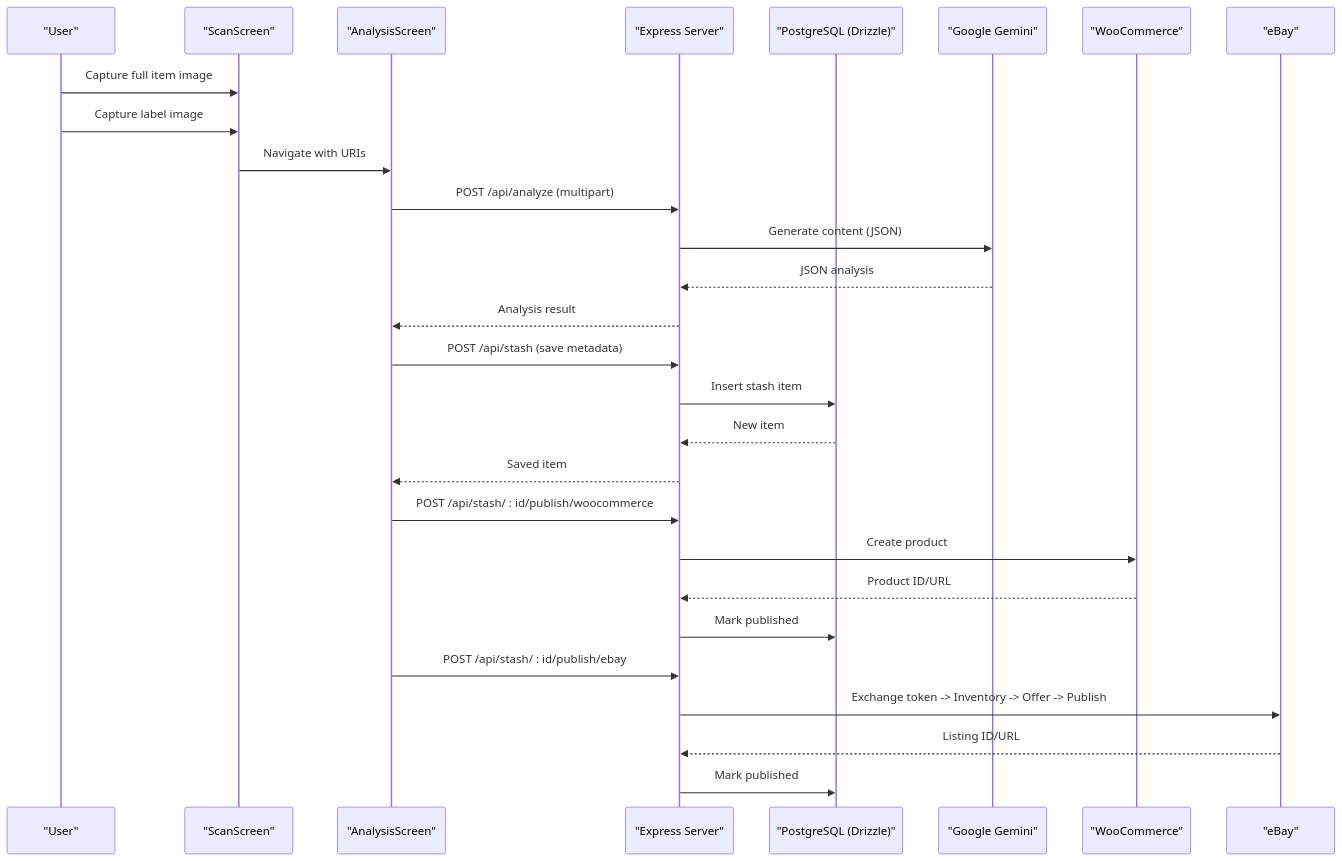
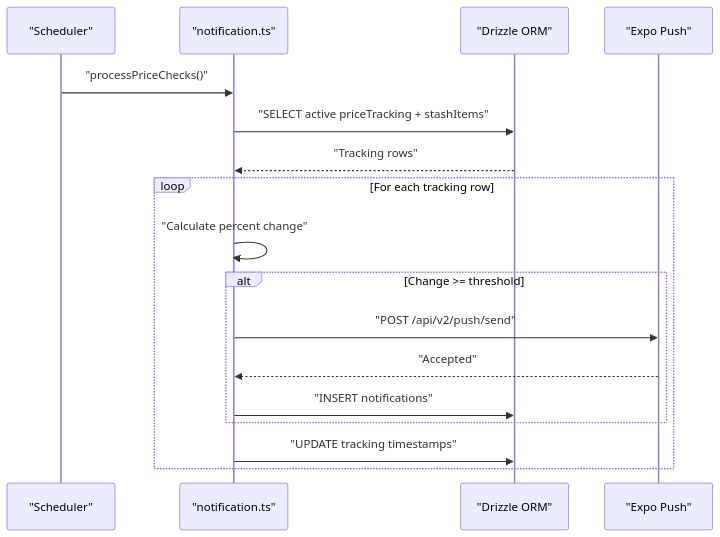
The ninth of 10 diagrams in .qoder/repowiki/en/content/Architecture Overview/Architecture Overview.md (hunglevi87/Hidden-Gem), drawn with Mermaid before and after one commit. The commit also changed other lines of this file and 99 other files, not shown here.

````diff
--- a/.qoder/repowiki/en/content/Architecture Overview/Architecture Overview.md
+++ b/.qoder/repowiki/en/content/Architecture Overview/Architecture Overview.md
@@ -238,30 +455,19 @@
 ```mermaid
 sequenceDiagram
-participant User as "User"
-participant Scan as "ScanScreen"
-participant Analysis as "AnalysisScreen"
-participant Server as "Express Server"
-participant DB as "PostgreSQL (Drizzle)"
-participant Gemini as "Google Gemini"
-participant WC as "WooCommerce"
-participant EB as "eBay"
-User->>Scan : Capture full item image
-User->>Scan : Capture label image
-Scan->>Analysis : Navigate with URIs
-Analysis->>Server : POST /api/analyze (multipart)
-Server->>Gemini : Generate content (JSON)
-Gemini-->>Server : JSON analysis
-Server-->>Analysis : Analysis result
-Analysis->>Server : POST /api/stash (save metadata)
-Server->>DB : Insert stash item
-DB-->>Server : New item
-Server-->>Analysis : Saved item
-Analysis->>Server : POST /api/stash/ : id/publish/woocommerce
-Server->>WC : Create product
-WC-->>Server : Product ID/URL
-Server->>DB : Mark published
-Analysis->>Server : POST /api/stash/ : id/publish/ebay
-Server->>EB : Exchange token -> Inventory -> Offer -> Publish
-EB-->>Server : Listing ID/URL
-Server->>DB : Mark published
+participant Cron as "Scheduler"
+participant NotifSvc as "notification.ts"
+participant DB as "Drizzle ORM"
+participant Expo as "Expo Push"
+Cron->>NotifSvc : "processPriceChecks()"
+NotifSvc->>DB : "SELECT active priceTracking + stashItems"
+DB-->>NotifSvc : "Tracking rows"
+loop For each tracking row
+NotifSvc->>NotifSvc : "Calculate percent change"
+alt Change >= threshold
+NotifSvc->>Expo : "POST /api/v2/push/send"
+Expo-->>NotifSvc : "Accepted"
+NotifSvc->>DB : "INSERT notifications"
+end
+NotifSvc->>DB : "UPDATE tracking timestamps"
+end
 ```
````
